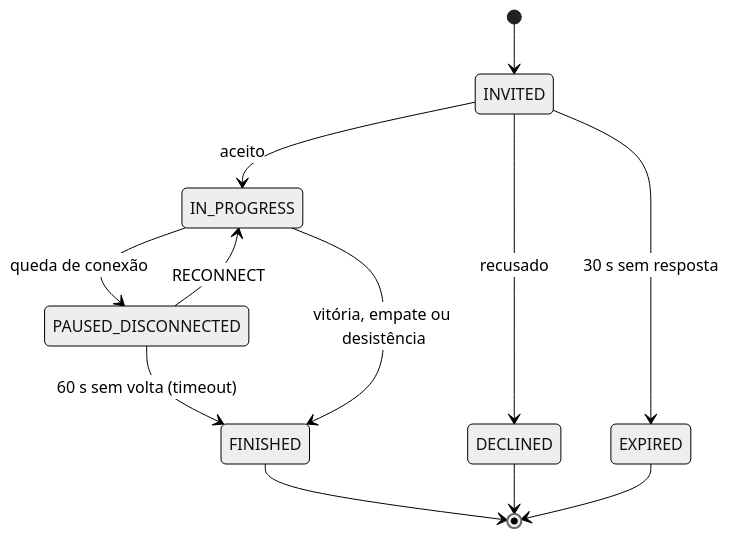
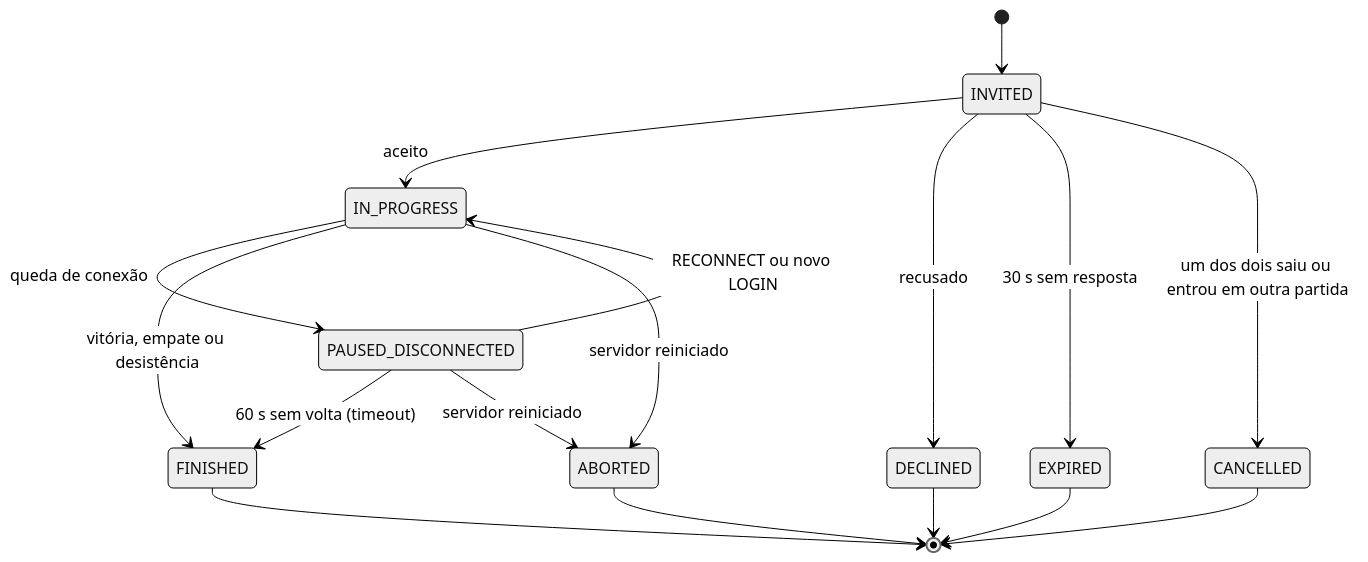
One commit to CarvalhoJeo/jogo-da-velha changed the third of 3 diagrams in docs/05-protocolo.md. Above: the diagram before and after it, drawn with Mermaid (neutral theme). The commit also changed other lines of this file and 6 other files, not shown here.

````diff
--- a/docs/05-protocolo.md
+++ b/docs/05-protocolo.md
@@ -77,14 +146,19 @@
 ```mermaid
 stateDiagram-v2
     [*] --> INVITED
     INVITED --> IN_PROGRESS: aceito
     INVITED --> DECLINED: recusado
     INVITED --> EXPIRED: 30 s sem resposta
+    INVITED --> CANCELLED: um dos dois saiu ou entrou em outra partida
     IN_PROGRESS --> PAUSED_DISCONNECTED: queda de conexão
-    PAUSED_DISCONNECTED --> IN_PROGRESS: RECONNECT
+    PAUSED_DISCONNECTED --> IN_PROGRESS: RECONNECT ou novo LOGIN
     PAUSED_DISCONNECTED --> FINISHED: 60 s sem volta (timeout)
     IN_PROGRESS --> FINISHED: vitória, empate ou desistência
+    IN_PROGRESS --> ABORTED: servidor reiniciado
+    PAUSED_DISCONNECTED --> ABORTED: servidor reiniciado
     FINISHED --> [*]
     DECLINED --> [*]
     EXPIRED --> [*]
+    CANCELLED --> [*]
+    ABORTED --> [*]
 ```
````
